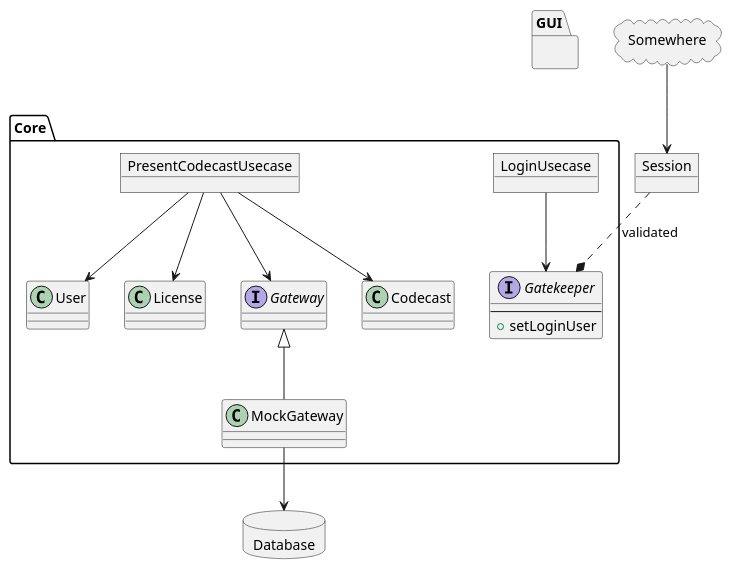
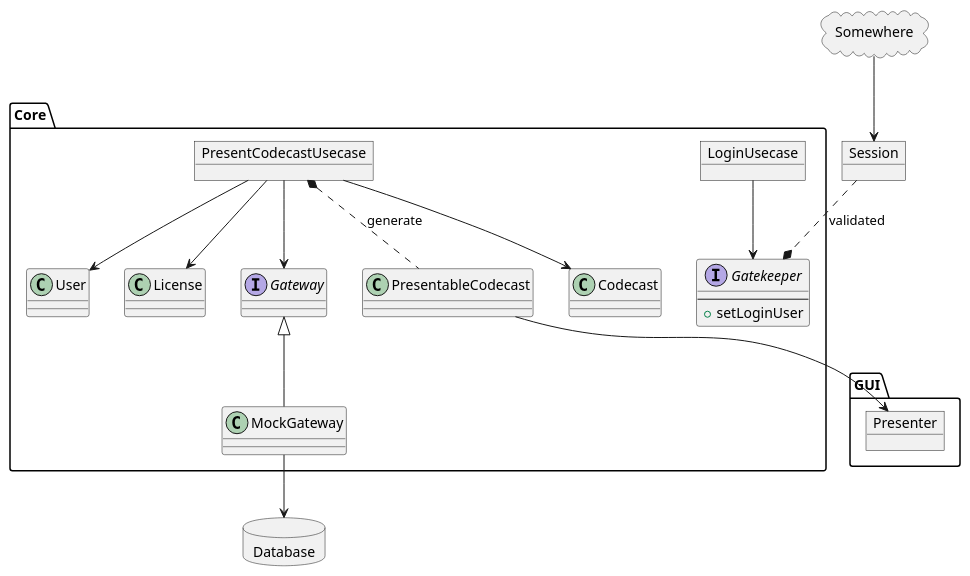
Before and after one commit to sundaycrafts/study-cleancoders-java-case-study: the diagram in schema.puml, drawn with PlantUML. The commit also changed 4 other files, not shown here.

```diff
--- a/schema.puml
+++ b/schema.puml
@@ -1,34 +1,39 @@
 @startuml
 allow_mixing
 database Database
 
 package Core {
   object PresentCodecastUsecase
   class Codecast
   class User
   class License
   interface Gateway
   class MockGateway
   object LoginUsecase
+  class PresentableCodecast
   interface Gatekeeper {
     ---
     + setLoginUser
   }
 }
 
 PresentCodecastUsecase --> Codecast
 PresentCodecastUsecase --> User
 PresentCodecastUsecase --> License
 PresentCodecastUsecase --> Gateway
 Gateway <|-- MockGateway
 MockGateway --> Database
 LoginUsecase --> Gatekeeper
 
 package GUI {
+  object Presenter
 }
+
+PresentableCodecast --> Presenter
+PresentCodecastUsecase *.. PresentableCodecast : generate
 
 object Session
 cloud Somewhere
 Somewhere --> Session
 Session ..* Gatekeeper : validated
 @enduml
```
